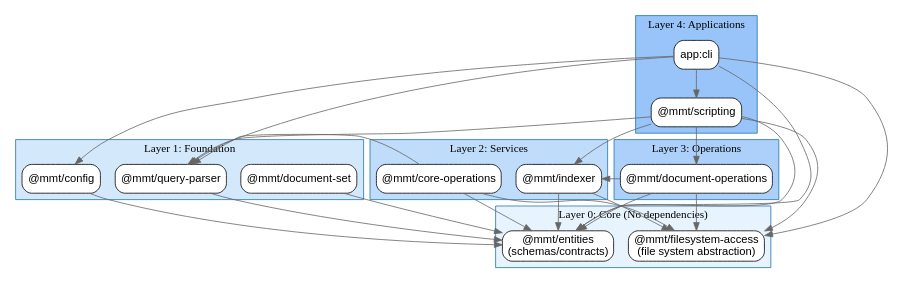
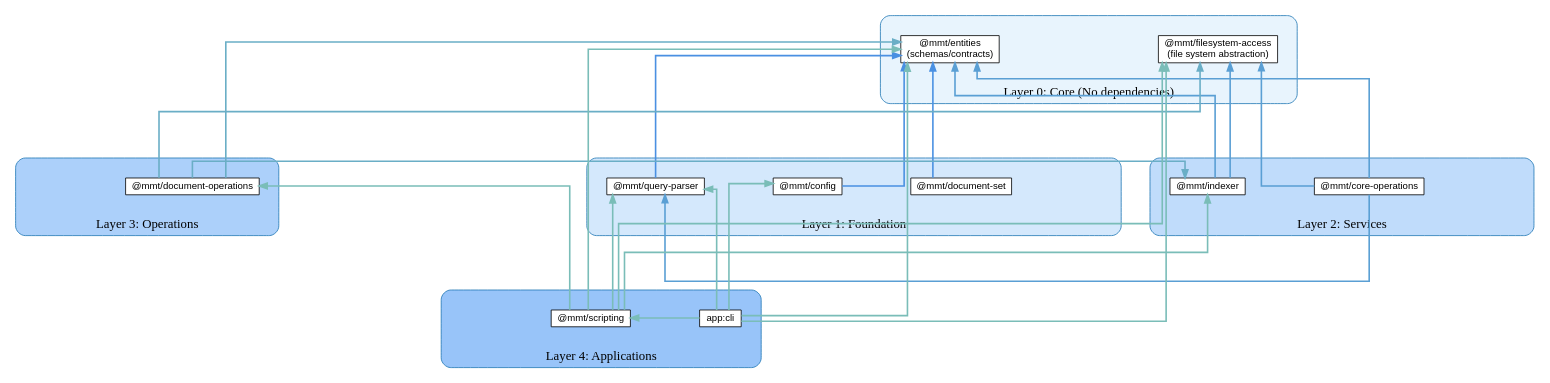
One commit to danielseltzer/mmt changed the diagram in code-analysis/2025-06-25/package-layers.dot. Above: the diagram before and after it, drawn with Graphviz. The commit also changed 3 other files, not shown here.

First line of the commit message:
fix: improve layer diagram with orthogonal edges and better spacing

```diff
--- a/code-analysis/2025-06-25/package-layers.dot
+++ b/code-analysis/2025-06-25/package-layers.dot
@@ -1,94 +1,131 @@
 digraph PackageLayers {
-  rankdir=TB;
-  node [shape=box, style="rounded,filled", fontname="Arial"];
-  edge [color="#666666"];
+  rankdir=BT;
+  ranksep=2.0;     // Much more vertical space
+  nodesep=1.2;     // More horizontal space
+  splines=ortho;   // Use orthogonal edges for cleaner look
   
-  // Define layers with subgraphs
+  node [shape=box, style="rounded,filled", fontname="Arial", fontsize=12, height=0.9, width=3.5];
+  edge [penwidth=2];
+  
+  // Create invisible structure nodes to align layers
+  node [style=invis, width=0, height=0];
+  l0 -> l1 -> l2 -> l3 -> l4 [style=invis];
+  
+  // Layer 0: Core
   subgraph cluster_0 {
     label="Layer 0: Core (No dependencies)";
-    style=filled;
+    style="filled,rounded";
     fillcolor="#e8f4fd";
     color="#1f77b4";
-    fontsize=14;
+    fontsize=16;
     fontname="Arial Bold";
+    margin=25;
     
-    entities [label="@mmt/entities\n(schemas/contracts)", fillcolor="#ffffff"];
-    filesystem [label="@mmt/filesystem-access\n(file system abstraction)", fillcolor="#ffffff"];
+    node [style="filled", fillcolor="#ffffff"];
+    { rank=same; l0;
+      entities [label="@mmt/entities\n(schemas/contracts)"];
+      filesystem [label="@mmt/filesystem-access\n(file system abstraction)"];
+    }
   }
   
+  // Layer 1: Foundation
   subgraph cluster_1 {
     label="Layer 1: Foundation";
-    style=filled;
+    style="filled,rounded";
     fillcolor="#d4e8fc";
     color="#1f77b4";
-    fontsize=14;
+    fontsize=16;
     fontname="Arial Bold";
+    margin=25;
     
-    config [label="@mmt/config", fillcolor="#ffffff"];
-    queryparser [label="@mmt/query-parser", fillcolor="#ffffff"];
-    documentset [label="@mmt/document-set", fillcolor="#ffffff"];
+    node [style="filled", fillcolor="#ffffff"];
+    { rank=same; l1;
+      config [label="@mmt/config"];
+      queryparser [label="@mmt/query-parser"];
+      documentset [label="@mmt/document-set"];
+    }
   }
   
+  // Layer 2: Services
   subgraph cluster_2 {
     label="Layer 2: Services";
-    style=filled;
+    style="filled,rounded";
     fillcolor="#c0dcfb";
     color="#1f77b4";
-    fontsize=14;
+    fontsize=16;
     fontname="Arial Bold";
+    margin=25;
     
-    indexer [label="@mmt/indexer", fillcolor="#ffffff"];
-    coreops [label="@mmt/core-operations", fillcolor="#ffffff"];
+    node [style="filled", fillcolor="#ffffff"];
+    { rank=same; l2;
+      indexer [label="@mmt/indexer"];
+      coreops [label="@mmt/core-operations"];
+    }
   }
   
+  // Layer 3: Operations
   subgraph cluster_3 {
     label="Layer 3: Operations";
-    style=filled;
+    style="filled,rounded";
     fillcolor="#acd0fa";
     color="#1f77b4";
-    fontsize=14;
+    fontsize=16;
     fontname="Arial Bold";
+    margin=25;
     
-    docops [label="@mmt/document-operations", fillcolor="#ffffff"];
+    node [style="filled", fillcolor="#ffffff"];
+    { rank=same; l3;
+      docops [label="@mmt/document-operations"];
+    }
   }
   
+  // Layer 4: Applications
   subgraph cluster_4 {
     label="Layer 4: Applications";
-    style=filled;
+    style="filled,rounded";
     fillcolor="#98c4f9";
     color="#1f77b4";
-    fontsize=14;
+    fontsize=16;
     fontname="Arial Bold";
+    margin=25;
     
-    scripting [label="@mmt/scripting", fillcolor="#ffffff"];
-    cli [label="app:cli", fillcolor="#ffffff"];
+    node [style="filled", fillcolor="#ffffff"];
+    { rank=same; l4;
+      scripting [label="@mmt/scripting"];
+      cli [label="app:cli"];
+    }
   }
   
-  // Add actual dependencies as edges
-  config -> entities;
-  queryparser -> entities;
-  documentset -> entities;
+  // Dependencies with proper coloring by layer
+  edge [constraint=true];
   
-  indexer -> entities;
-  indexer -> filesystem;
+  // From Layer 1 to Layer 0
+  config -> entities [color="#4a90e2"];
+  queryparser -> entities [color="#4a90e2"];
+  documentset -> entities [color="#4a90e2"];
   
-  coreops -> entities;
-  coreops -> filesystem;
-  coreops -> queryparser;
+  // From Layer 2 to Layers 0-1
+  indexer -> entities [color="#5a9fd4"];
+  indexer -> filesystem [color="#5a9fd4"];
+  coreops -> entities [color="#5a9fd4"];
+  coreops -> filesystem [color="#5a9fd4"];
+  coreops -> queryparser [color="#5a9fd4"];
   
-  docops -> entities;
-  docops -> filesystem;
-  docops -> indexer;
+  // From Layer 3 to Layers 0-2
+  docops -> entities [color="#6aaec6"];
+  docops -> filesystem [color="#6aaec6"];
+  docops -> indexer [color="#6aaec6"];
   
-  scripting -> entities;
-  scripting -> filesystem;
-  scripting -> queryparser;
-  scripting -> indexer;
-  scripting -> docops;
+  // From Layer 4 to all lower layers
+  scripting -> entities [color="#7abdb8"];
+  scripting -> filesystem [color="#7abdb8"];
+  scripting -> queryparser [color="#7abdb8"];
+  scripting -> indexer [color="#7abdb8"];
+  scripting -> docops [color="#7abdb8"];
   
-  cli -> entities;
-  cli -> filesystem;
-  cli -> queryparser;
-  cli -> config;
-  cli -> scripting;
+  cli -> entities [color="#7abdb8"];
+  cli -> filesystem [color="#7abdb8"];
+  cli -> queryparser [color="#7abdb8"];
+  cli -> config [color="#7abdb8"];
+  cli -> scripting [color="#7abdb8"];
 }
```
